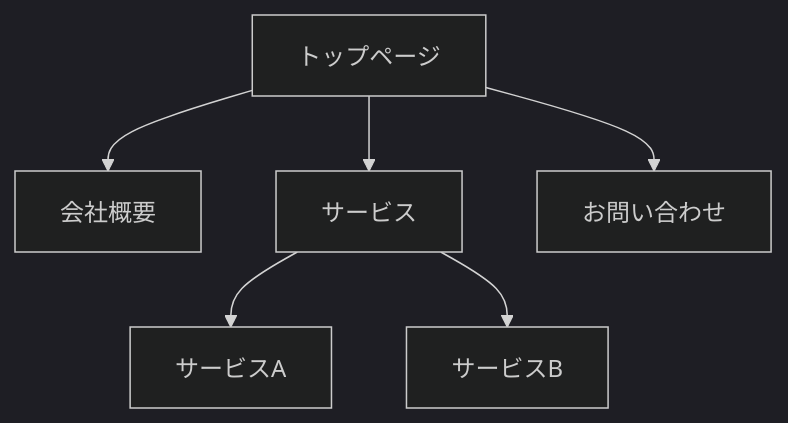
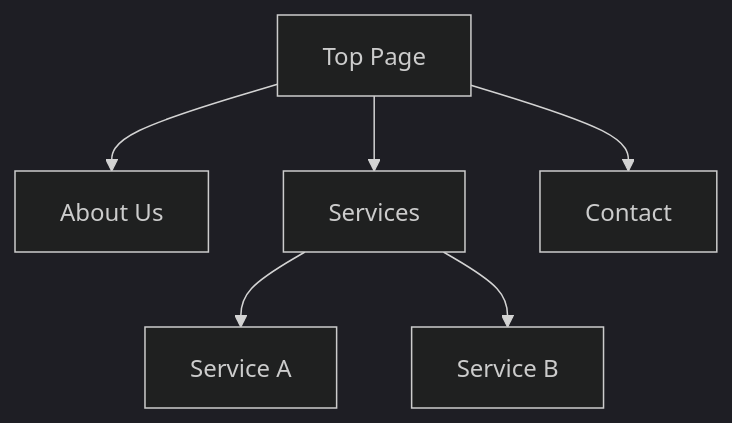
The diagram in home/.claude/skills/user-analyzing-websites/SKILL.md (sekka/dotfiles), drawn with Mermaid (dark theme) before and after one commit. The commit also changed other lines of this file and 19 other files, not shown here.

````diff
--- a/home/.claude/skills/user-analyzing-websites/SKILL.md
+++ b/home/.claude/skills/user-analyzing-websites/SKILL.md
@@ -103,8 +103,8 @@
 ```mermaid
 graph TD
-    A[トップページ] --> B[会社概要]
-    A --> C[サービス]
-    A --> D[お問い合わせ]
-    C --> C1[サービスA]
-    C --> C2[サービスB]
+    A[Top Page] --> B[About Us]
+    A --> C[Services]
+    A --> D[Contact]
+    C --> C1[Service A]
+    C --> C2[Service B]
 ```
````
